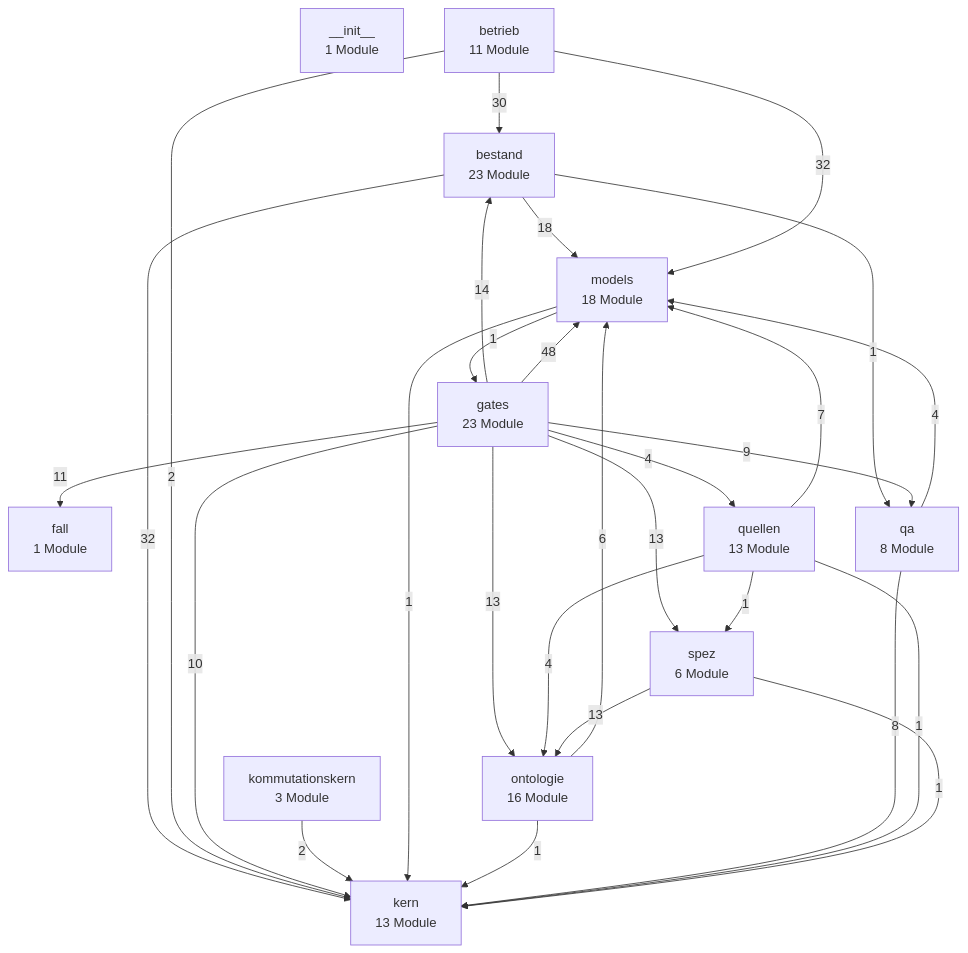
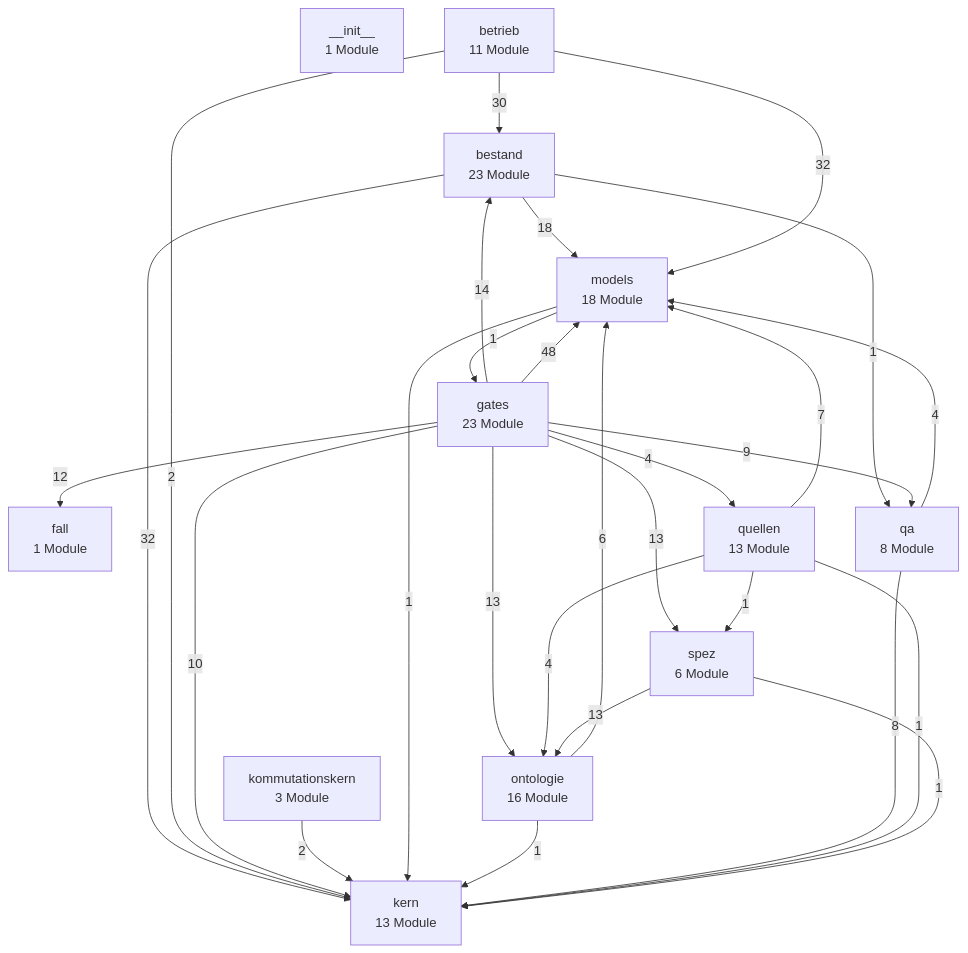
The first of 3 diagrams in docs/architektur/landkarte.md (bartlmac/rechner-pipeline), drawn with Mermaid before and after one commit. The commit also changed other lines of this file and 12 other files, not shown here.

````diff
--- a/docs/architektur/landkarte.md
+++ b/docs/architektur/landkarte.md
@@ -27,43 +27,43 @@
 ```mermaid
 %% Schichten — erzeugt von ontologie.landkarte
 flowchart TD
     n__init__["__init__<br/>1 Module"]
     bestand["bestand<br/>23 Module"]
     betrieb["betrieb<br/>11 Module"]
     fall["fall<br/>1 Module"]
     gates["gates<br/>23 Module"]
     kern["kern<br/>13 Module"]
     kommutationskern["kommutationskern<br/>3 Module"]
     models["models<br/>18 Module"]
     ontologie["ontologie<br/>16 Module"]
     qa["qa<br/>8 Module"]
     quellen["quellen<br/>13 Module"]
     spez["spez<br/>6 Module"]
     bestand -- 32 --> kern
     bestand -- 18 --> models
     bestand -- 1 --> qa
     betrieb -- 30 --> bestand
     betrieb -- 2 --> kern
     betrieb -- 32 --> models
     gates -- 14 --> bestand
-    gates -- 11 --> fall
+    gates -- 12 --> fall
     gates -- 10 --> kern
     gates -- 48 --> models
     gates -- 13 --> ontologie
     gates -- 9 --> qa
     gates -- 4 --> quellen
     gates -- 13 --> spez
     kommutationskern -- 2 --> kern
     models -- 1 --> gates
     models -- 1 --> kern
     ontologie -- 1 --> kern
     ontologie -- 6 --> models
     qa -- 8 --> kern
     qa -- 4 --> models
     quellen -- 1 --> kern
     quellen -- 7 --> models
     quellen -- 4 --> ontologie
     quellen -- 1 --> spez
     spez -- 1 --> kern
     spez -- 13 --> ontologie
 ```
````
